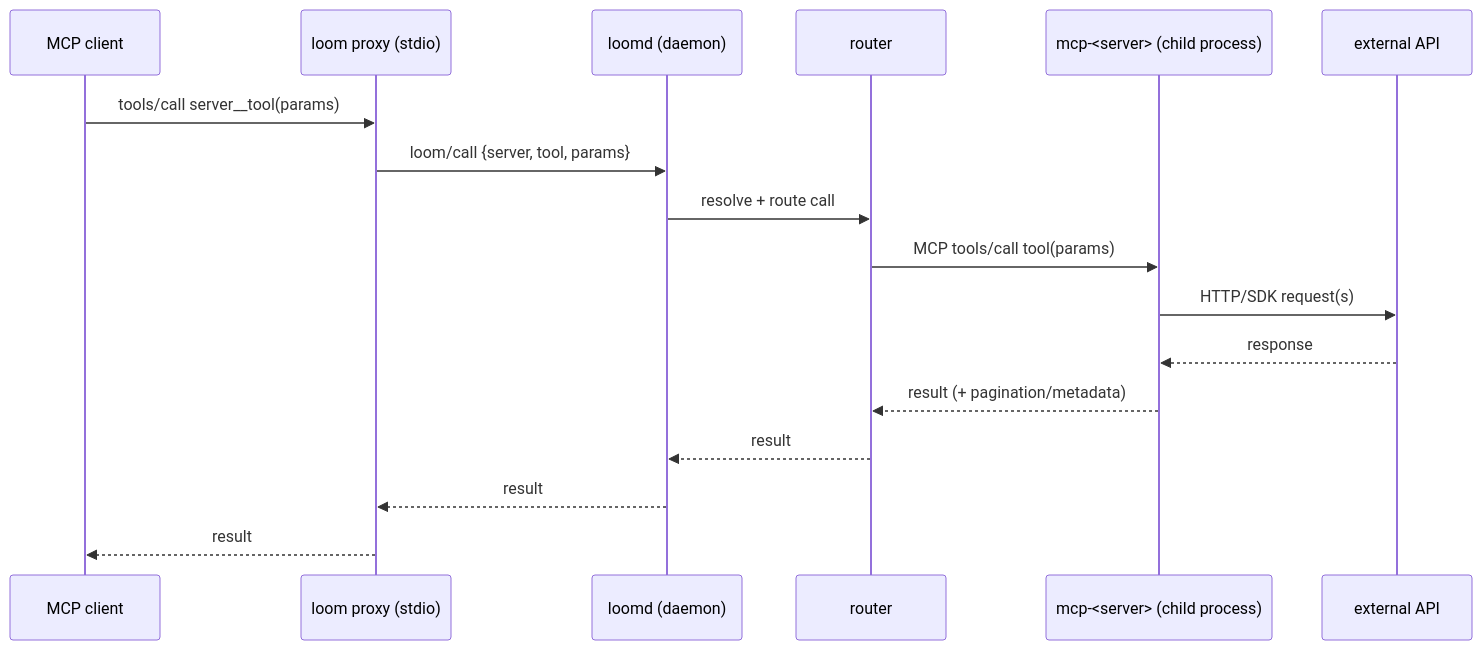
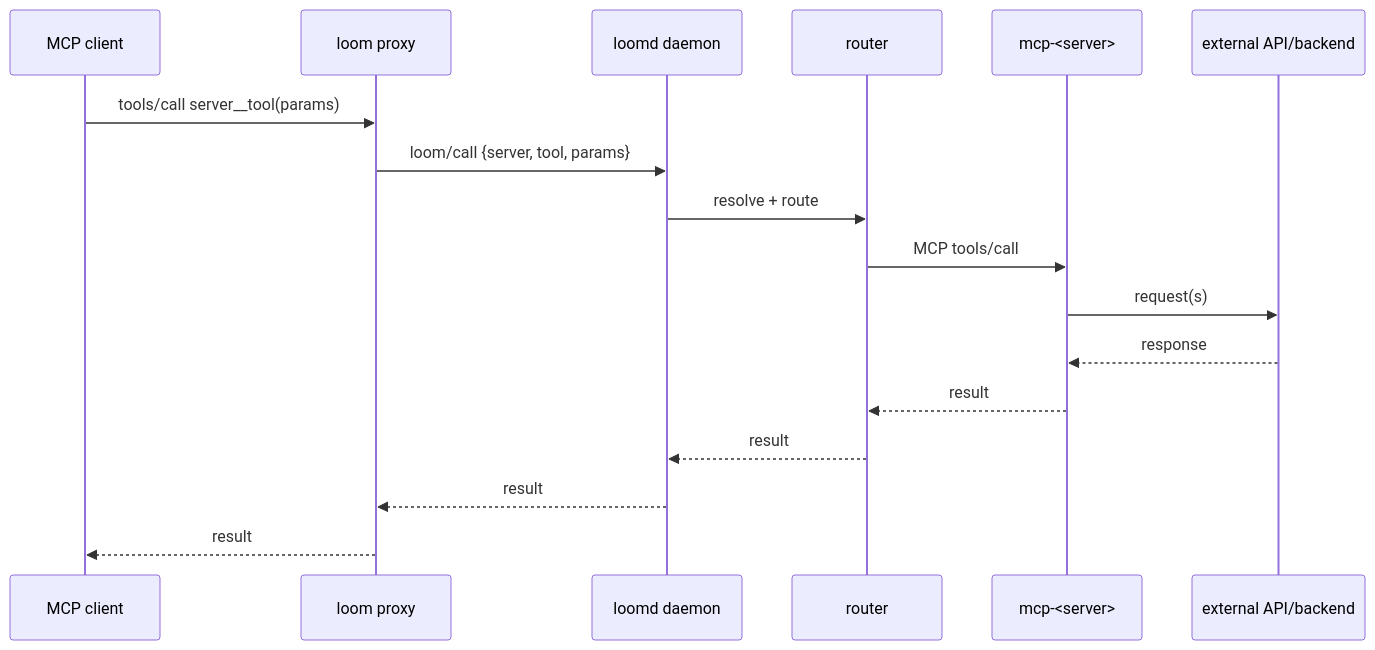
Before and after one commit to flexinfer/flexinfer: the second of 5 diagrams in docs/ARCHITECTURE.md, drawn with Mermaid. The commit also changed other lines of this file and 21 other files, not shown here.

````diff
--- a/docs/ARCHITECTURE.md
+++ b/docs/ARCHITECTURE.md
@@ -68,20 +60,20 @@
 ```mermaid
 sequenceDiagram
   participant Client as MCP client
-  participant Proxy as loom proxy (stdio)
-  participant Loomd as loomd (daemon)
+  participant Proxy as loom proxy
+  participant Loomd as loomd daemon
   participant Router as router
-  participant Server as mcp-<server> (child process)
-  participant API as external API
+  participant Server as mcp-<server>
+  participant API as external API/backend
 
   Client->>Proxy: tools/call server__tool(params)
   Proxy->>Loomd: loom/call {server, tool, params}
-  Loomd->>Router: resolve + route call
-  Router->>Server: MCP tools/call tool(params)
-  Server->>API: HTTP/SDK request(s)
+  Loomd->>Router: resolve + route
+  Router->>Server: MCP tools/call
+  Server->>API: request(s)
   API-->>Server: response
-  Server-->>Router: result (+ pagination/metadata)
+  Server-->>Router: result
   Router-->>Loomd: result
   Loomd-->>Proxy: result
   Proxy-->>Client: result
 ```
````
